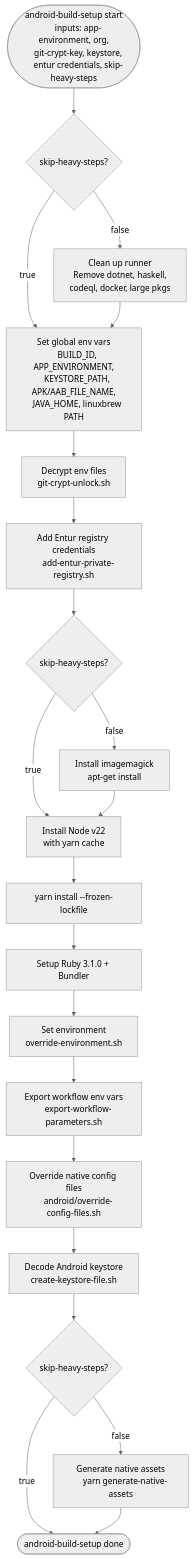
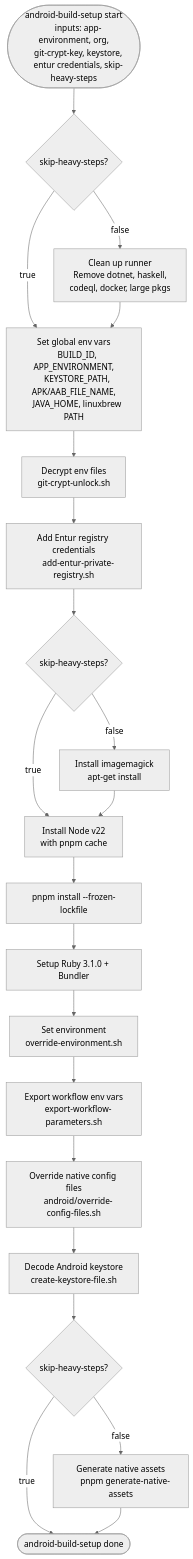
One commit to AtB-AS/mittatb-app changed the second of 6 diagrams in docs/android-build-staging-graph.md. Above: the diagram before and after it, drawn with Mermaid (neutral theme). The commit also changed other lines of this file and 36 other files, not shown here.

Commit message:
build: replace yarn with pnpm

````diff
--- a/docs/android-build-staging-graph.md
+++ b/docs/android-build-staging-graph.md
@@ -84,57 +84,57 @@
 ```mermaid
 flowchart TD
     start(["android-build-setup start
     inputs: app-environment, org,
     git-crypt-key, keystore,
     entur credentials, skip-heavy-steps"])
 
     start --> heavy_check1{"skip-heavy-steps?"}
 
     heavy_check1 -- "false" --> cleanup["Clean up runner
     Remove dotnet, haskell,
     codeql, docker, large pkgs"]
     heavy_check1 -- "true" --> env_vars
 
     cleanup --> env_vars["Set global env vars
     BUILD_ID, APP_ENVIRONMENT,
     KEYSTORE_PATH, APK/AAB_FILE_NAME,
     JAVA_HOME, linuxbrew PATH"]
 
     env_vars --> decrypt["Decrypt env files
     git-crypt-unlock.sh"]
 
     decrypt --> entur["Add Entur registry credentials
     add-entur-private-registry.sh"]
 
     entur --> heavy_check2{"skip-heavy-steps?"}
     heavy_check2 -- "false" --> imagemagick["Install imagemagick
     apt-get install"]
     heavy_check2 -- "true" --> node
 
     imagemagick --> node["Install Node v22
-    with yarn cache"]
+    with pnpm cache"]
 
-    node --> yarn["yarn install --frozen-lockfile"]
+    node --> pnpm_install["pnpm install --frozen-lockfile"]
 
-    yarn --> ruby["Setup Ruby 3.1.0 + Bundler"]
+    pnpm_install --> ruby["Setup Ruby 3.1.0 + Bundler"]
 
     ruby --> set_env["Set environment
     override-environment.sh"]
 
     set_env --> export_env["Export workflow env vars
     export-workflow-parameters.sh"]
 
     export_env --> override_config["Override native config files
     android/override-config-files.sh"]
 
     override_config --> decode_ks["Decode Android keystore
     create-keystore-file.sh"]
 
     decode_ks --> heavy_check3{"skip-heavy-steps?"}
 
     heavy_check3 -- "false" --> gen_assets["Generate native assets
-    yarn generate-native-assets"]
+    pnpm generate-native-assets"]
     heavy_check3 -- "true" --> done
 
     gen_assets --> done(["android-build-setup done"])
 ```
````
